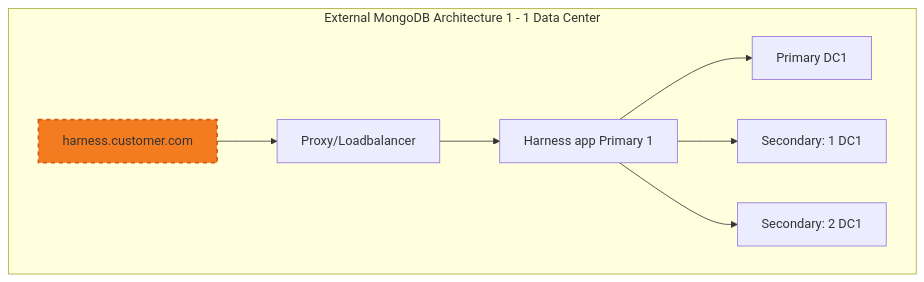
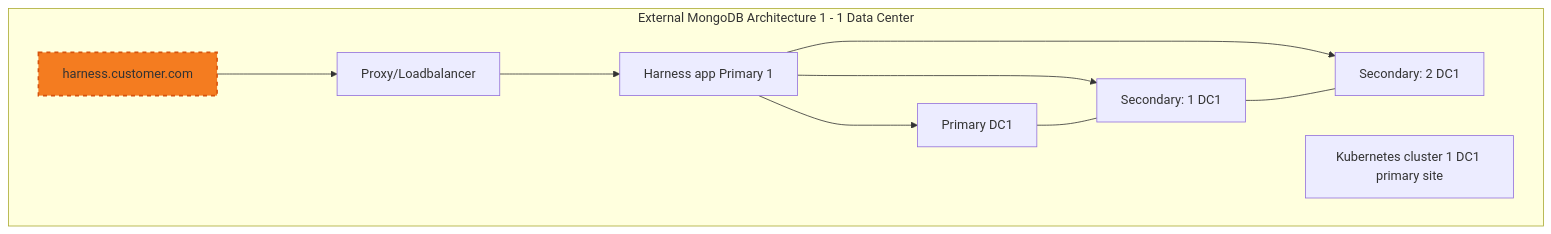
One commit to harness/developer-hub changed the diagram in tutorials/self-managed-enterprise-edition/use-an-external-self-managed-mongodb.md. Above: the diagram before and after it, drawn with Mermaid. The commit also changed other lines of this file, not shown here.

Commit message:
diagram work

````diff
--- a/tutorials/self-managed-enterprise-edition/use-an-external-self-managed-mongodb.md
+++ b/tutorials/self-managed-enterprise-edition/use-an-external-self-managed-mongodb.md
@@ -49,15 +49,15 @@
 ```mermaid
 graph TD;
+  subgraph "External MongoDB Architecture 1 - 1 Data Center"
+    style A fill:#F47C20,stroke:#D7540D,stroke-width:2px,stroke-dasharray: 5, 5; center
 
-  subgraph "External MongoDB Architecture 1 - 1 Data Center"
-    style A fill:#F47C20,stroke:#D7540D,stroke-width:2px,stroke-dasharray: 5, 5;
-    A[harness.customer.com] --> B[Proxy/Loadbalancer]
-    B --> C[Harness app Primary 1]
-    C --> D[Primary DC1]
-    C --> E[Secondary: 1 DC1]
-    C --> F[Secondary: 2 DC1]
-    
+    A[harness.customer.com] ---> B[Proxy/Loadbalancer]
+    B ---> C[Harness app Primary 1]
+    C ---> D[Primary DC1]
+    C ---> E[Secondary: 1 DC1]
+    C ---> F[Secondary: 2 DC1]
+    D --- E --- F
+    G[Kubernetes cluster 1 DC1 primary site]
   end;
 
-  
 ```
````
